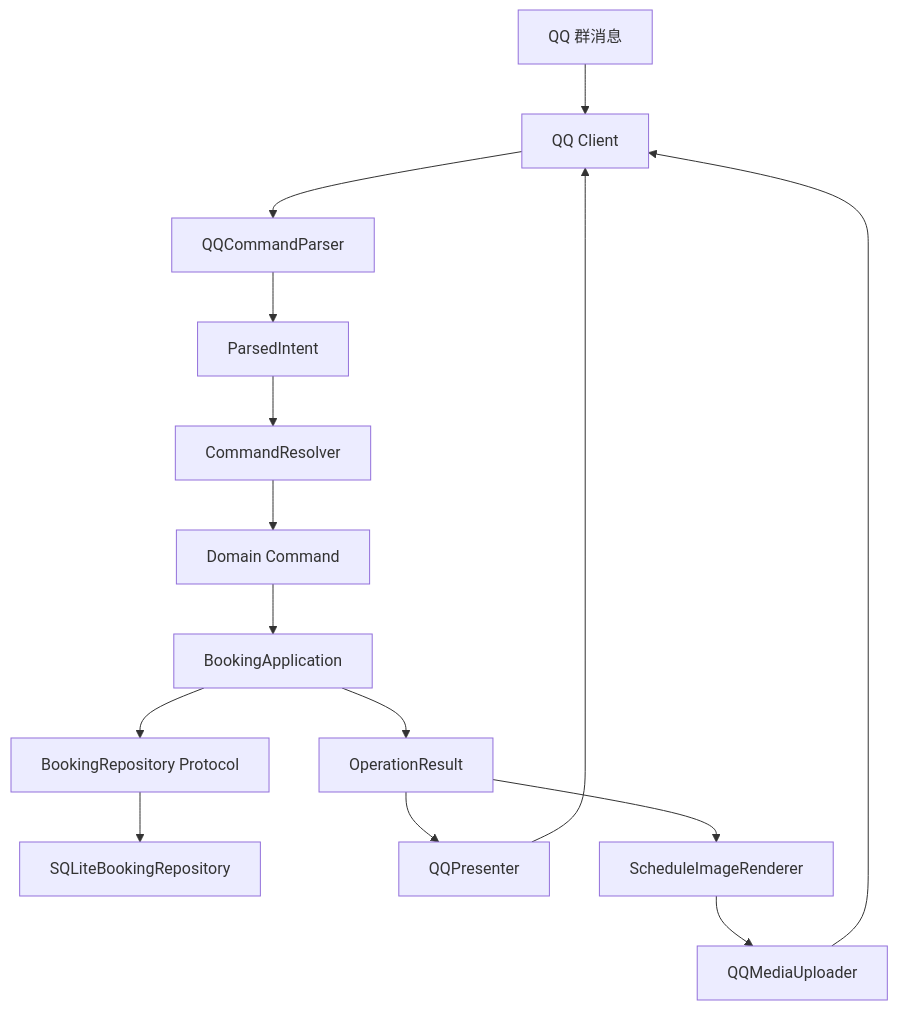
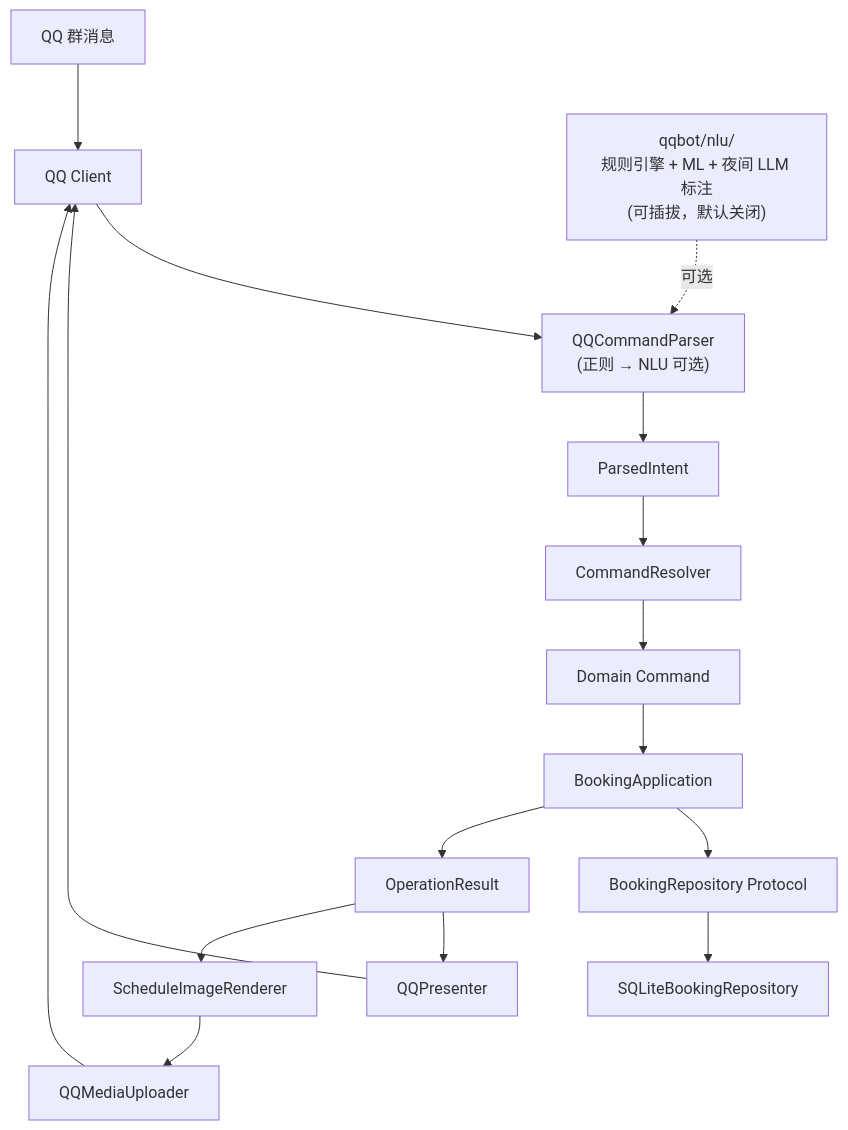
Before and after one commit to alphayangyang/UCASGA_Reservation_System: the diagram in docs/QQBot-v3.1.0-DEVELOPER-HANDBOOK.md, drawn with Mermaid. The commit also changed other lines of this file and 70 other files, not shown here.

First line of the commit message:
feat(nlu): 自然语言理解模块落地（规则引擎 + ML 意图 + 自优化闭环）

````diff
--- a/docs/QQBot-v3.1.0-DEVELOPER-HANDBOOK.md
+++ b/docs/QQBot-v3.1.0-DEVELOPER-HANDBOOK.md
@@ -80,17 +80,18 @@
 ```mermaid
 flowchart TD
     QQ["QQ 群消息"] --> Client["QQ Client"]
-    Client --> Parser["QQCommandParser"]
+    Client --> Parser["QQCommandParser<br/>(正则 → NLU 可选)"]
     Parser --> Intent["ParsedIntent"]
     Intent --> Resolver["CommandResolver"]
     Resolver --> Command["Domain Command"]
     Command --> App["BookingApplication"]
     App --> Port["BookingRepository Protocol"]
     Port --> SQLite["SQLiteBookingRepository"]
     App --> Result["OperationResult"]
     Result --> Presenter["QQPresenter"]
     Result --> Image["ScheduleImageRenderer"]
     Image --> Upload["QQMediaUploader"]
     Presenter --> Client
     Upload --> Client
+    NLU["qqbot/nlu/<br/>规则引擎 + ML + 夜间 LLM 标注<br/>(可插拔，默认关闭)"] -.可选.-> Parser
 ```
````
